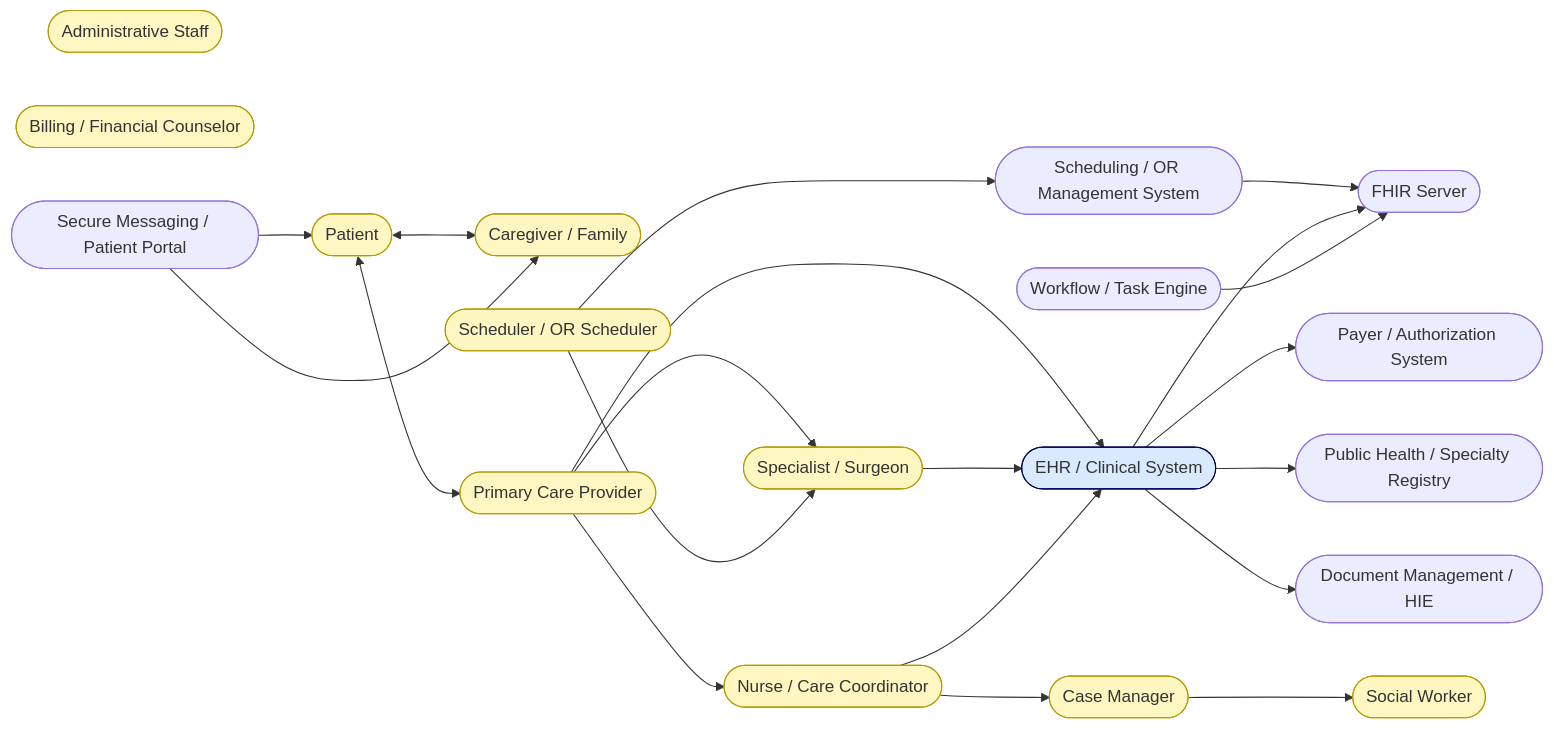
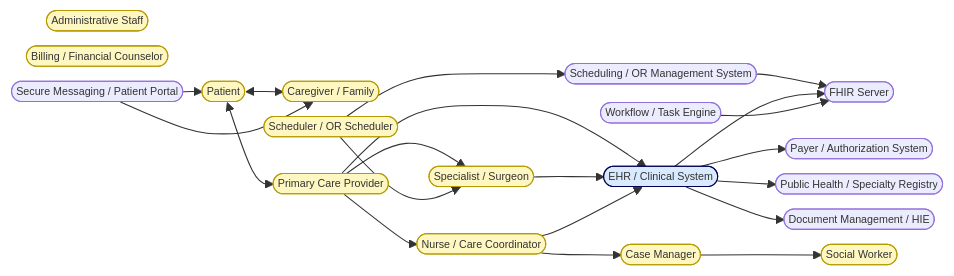
The third of 3 diagrams in input/pagecontent/index.md (JohnMoehrke/ORcoordination), drawn with Mermaid before and after one commit. The commit also changed other lines of this file and 4 other files, not shown here.

````diff
--- a/input/pagecontent/index.md
+++ b/input/pagecontent/index.md
@@ -52,63 +150,64 @@
 ```mermaid
+%%{init: {"flowchart": {"nodeSpacing": 14, "rankSpacing": 18, "padding": 4}, "themeVariables": {"fontSize": "10px"}} }%%
 flowchart LR
 
     %% --- People / Roles ---
     Patient([Patient])
     Caregiver([Caregiver / Family])
     PCP([Primary Care Provider])
     Specialist([Specialist / Surgeon])
     Nurse([Nurse / Care Coordinator])
     SocialWorker([Social Worker])
     CaseManager([Case Manager])
     Scheduler([Scheduler / OR Scheduler])
     AdminStaff([Administrative Staff])
     BillingStaff([Billing / Financial Counselor])
 
     %% --- Systems ---
     EHR([EHR / Clinical System])
     FHIRServer([FHIR Server])
     TaskEngine([Workflow / Task Engine])
     SchedulingSystem([Scheduling / OR Management System])
     Messaging([Secure Messaging / Patient Portal])
     PayerSystem([Payer / Authorization System])
     Registry([Public Health / Specialty Registry])
     DocMgmt([Document Management / HIE])
 
     %% --- Relationships ---
     Patient <--> PCP
     Patient <--> Caregiver
     PCP --> Specialist
     PCP --> Nurse
     Nurse --> CaseManager
     CaseManager --> SocialWorker
     Scheduler --> Specialist
 
     PCP --> EHR
     Specialist --> EHR
     Nurse --> EHR
     Scheduler --> SchedulingSystem
     SchedulingSystem --> FHIRServer
     EHR --> FHIRServer
     TaskEngine --> FHIRServer
     Messaging --> Patient
     Messaging --> Caregiver
     EHR --> PayerSystem
     EHR --> Registry
     EHR --> DocMgmt
 
     %% --- Color Coding ---
     %% People = light yellow
     style Patient fill:#fff7c2,stroke:#b59b00
     style Caregiver fill:#fff7c2,stroke:#b59b00
     style PCP fill:#fff7c2,stroke:#b59b00
     style Specialist fill:#fff7c2,stroke:#b59b00
     style Nurse fill:#fff7c2,stroke:#b59b00
     style SocialWorker fill:#fff7c2,stroke:#b59b00
     style CaseManager fill:#fff7c2,stroke:#b59b00
     style Scheduler fill:#fff7c2,stroke:#b59b00
     style AdminStaff fill:#fff7c2,stroke:#b59b00
     style BillingStaff fill:#fff7c2,stroke:#b59b00
 
     %% Systems = light blue
     style EHR fill:#d9eaff,stroke:#005
 ```
````
